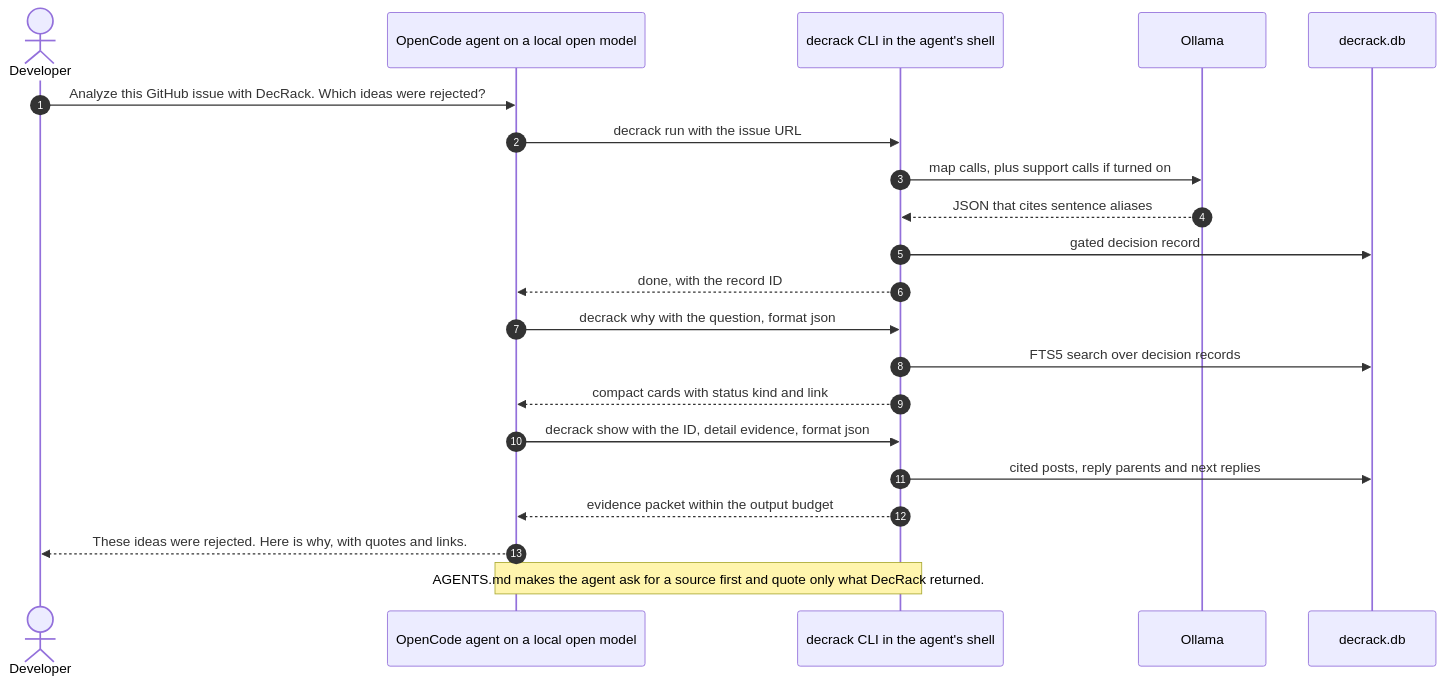
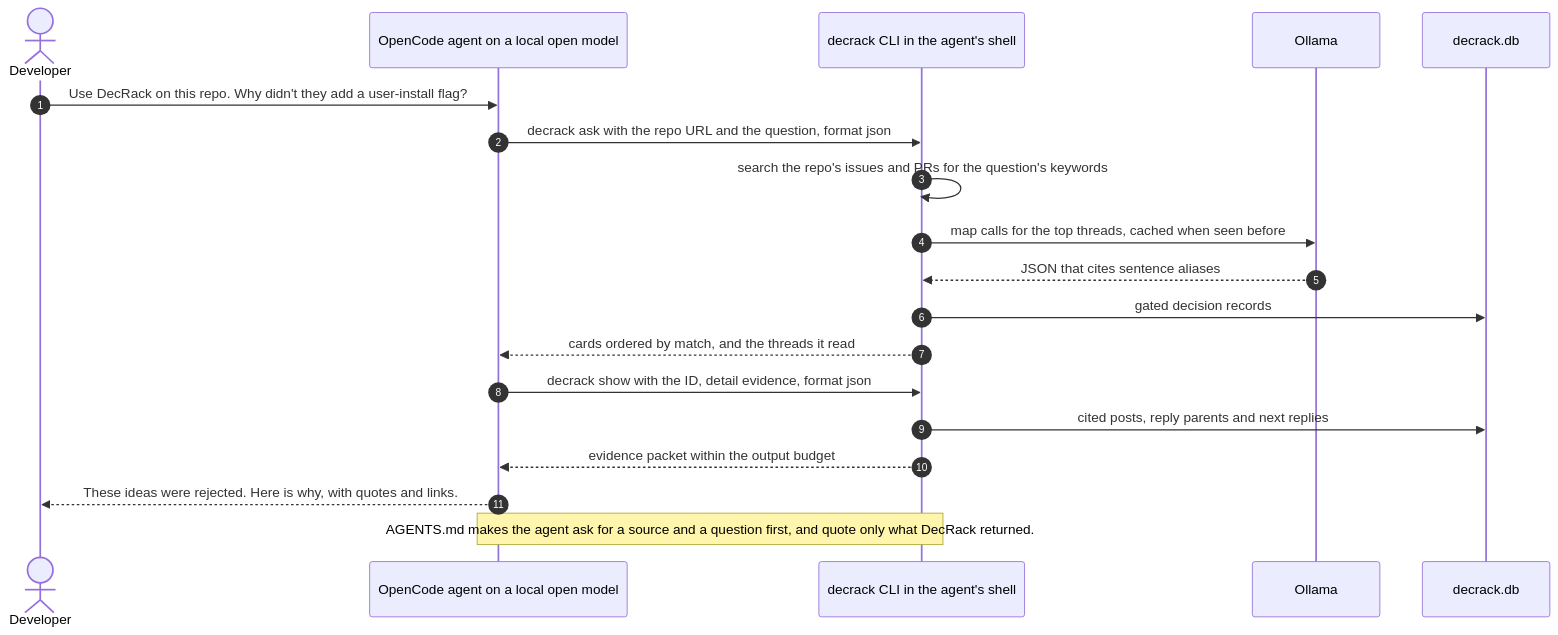
One commit to Madhav-GPT/DecRack changed the sixth of 8 diagrams in docs/ARCHITECTURE.md. Above: the diagram before and after it, drawn with Mermaid. The commit also changed other lines of this file and 9 other files, not shown here.

````diff
--- a/docs/ARCHITECTURE.md
+++ b/docs/ARCHITECTURE.md
@@ -572,23 +577,21 @@
 ```mermaid
 sequenceDiagram
     autonumber
     actor Dev as Developer
     participant OC as OpenCode agent on a local open model
     participant SH as decrack CLI in the agent's shell
     participant OL as Ollama
     participant DB as decrack.db
-    Dev->>OC: Analyze this GitHub issue with DecRack. Which ideas were rejected?
-    OC->>SH: decrack run with the issue URL
-    SH->>OL: map calls, plus support calls if turned on
+    Dev->>OC: Use DecRack on this repo. Why didn't they add a user-install flag?
+    OC->>SH: decrack ask with the repo URL and the question, format json
+    SH->>SH: search the repo's issues and PRs for the question's keywords
+    SH->>OL: map calls for the top threads, cached when seen before
     OL-->>SH: JSON that cites sentence aliases
-    SH->>DB: gated decision record
-    SH-->>OC: done, with the record ID
-    OC->>SH: decrack why with the question, format json
-    SH->>DB: FTS5 search over decision records
-    SH-->>OC: compact cards with status kind and link
+    SH->>DB: gated decision records
+    SH-->>OC: cards ordered by match, and the threads it read
     OC->>SH: decrack show with the ID, detail evidence, format json
     SH->>DB: cited posts, reply parents and next replies
     SH-->>OC: evidence packet within the output budget
     OC-->>Dev: These ideas were rejected. Here is why, with quotes and links.
-    Note over OC,SH: AGENTS.md makes the agent ask for a source first and quote only what DecRack returned.
+    Note over OC,SH: AGENTS.md makes the agent ask for a source and a question first, and quote only what DecRack returned.
 ```
````
